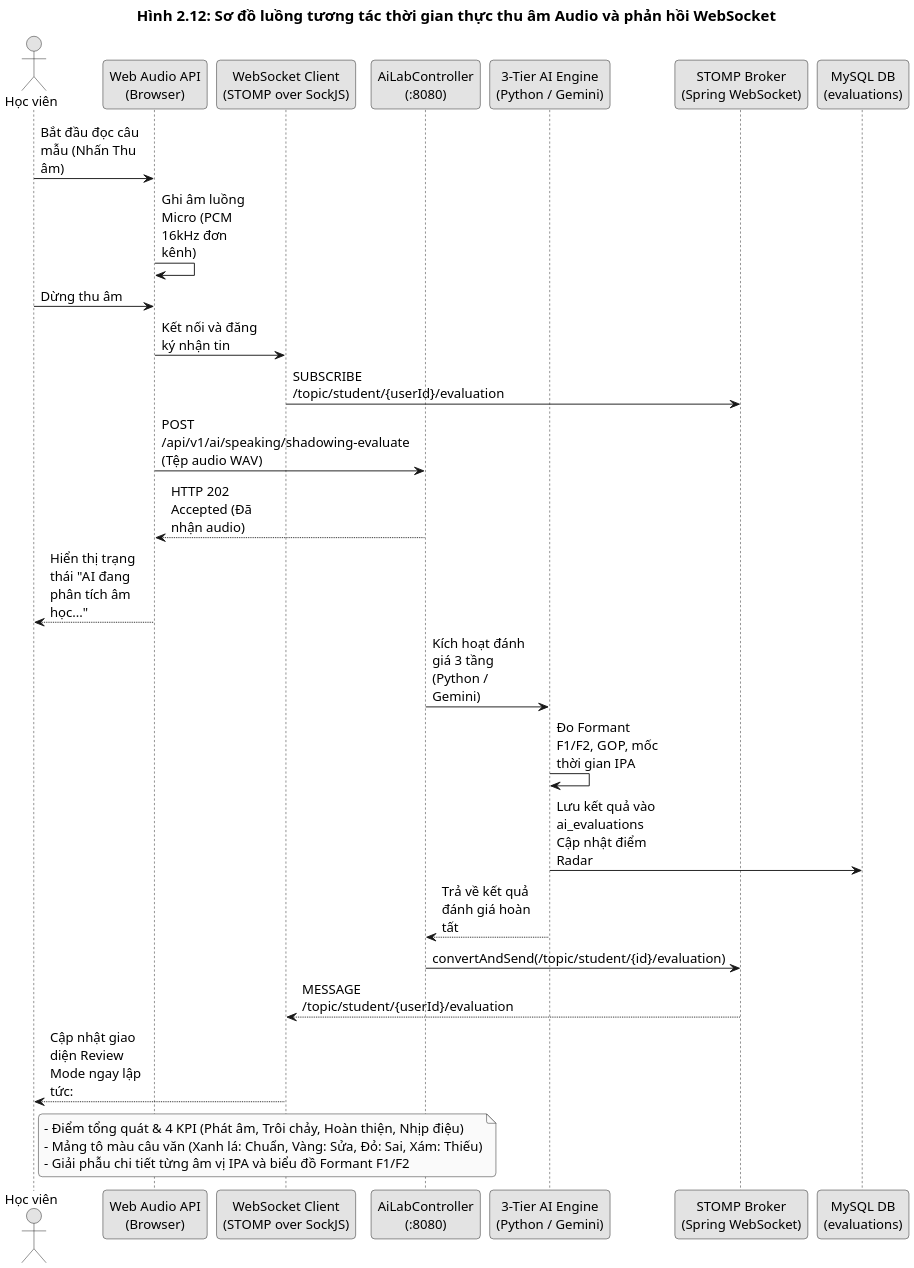
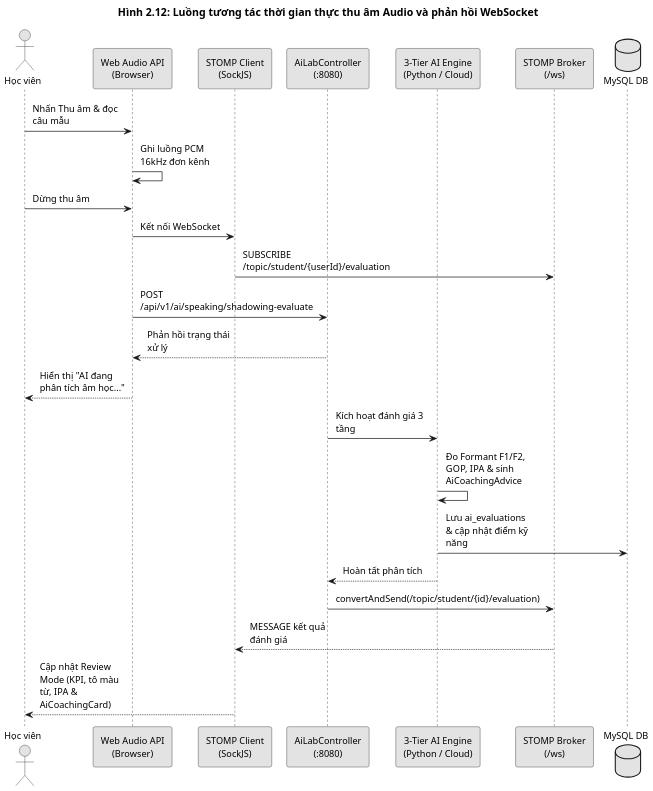
One commit to TrungPham1126/englishlearning changed the diagram in plantuml_diagrams/Hinh_2_12_Luong_tuong_tac_thoi_gian_thuc_Audio_WebSocket.puml. Above: the diagram before and after it, drawn with PlantUML. The commit also changed 126 other files, not shown here.

First line of the commit message:
feat: cải thiện luyện nói, chấm điểm Speaking và trải nghiệm làm bài

```diff
--- a/plantuml_diagrams/Hinh_2_12_Luong_tuong_tac_thoi_gian_thuc_Audio_WebSocket.puml
+++ b/plantuml_diagrams/Hinh_2_12_Luong_tuong_tac_thoi_gian_thuc_Audio_WebSocket.puml
@@ -1,43 +1,42 @@
 @startuml Hinh_2_12_Luong_tuong_tac_thoi_gian_thuc_Audio_WebSocket
-title Hình 2.12: Sơ đồ luồng tương tác thời gian thực thu âm Audio và phản hồi WebSocket
-skinparam dpi 200
+title Hình 2.12: Luồng tương tác thời gian thực thu âm Audio và phản hồi WebSocket
+skinparam dpi 150
 skinparam monochrome true
 skinparam shadowing false
+skinparam backgroundColor #FFFFFF
 skinparam defaultFontName Arial
-skinparam defaultFontSize 14
-skinparam titleFontSize 16
-skinparam roundcorner 8
-skinparam maxMessageSize 110
+skinparam defaultFontSize 13
+skinparam titleFontSize 15
+skinparam titleFontStyle bold
+skinparam roundcorner 6
+skinparam padding 4
+skinparam maxMessageSize 125
 
 actor "Học viên" as Student
 participant "Web Audio API\n(Browser)" as WebAudio
-participant "WebSocket Client\n(STOMP over SockJS)" as StompClient
+participant "STOMP Client\n(SockJS)" as StompClient
 participant "AiLabController\n(:8080)" as BackendAPI
-participant "3-Tier AI Engine\n(Python / Gemini)" as AiEngine
-participant "STOMP Broker\n(Spring WebSocket)" as Broker
-participant "MySQL DB\n(evaluations)" as DB
+participant "3-Tier AI Engine\n(Python / Cloud)" as AiEngine
+participant "STOMP Broker\n(/ws)" as Broker
+database "MySQL DB" as DB
 
-Student -> WebAudio: Bắt đầu đọc câu mẫu (Nhấn Thu âm)
-WebAudio -> WebAudio: Ghi âm luồng Micro (PCM 16kHz đơn kênh)
+Student -> WebAudio: Nhấn Thu âm & đọc câu mẫu
+WebAudio -> WebAudio: Ghi luồng PCM 16kHz đơn kênh
 Student -> WebAudio: Dừng thu âm
-WebAudio -> StompClient: Kết nối và đăng ký nhận tin
+
+WebAudio -> StompClient: Kết nối WebSocket
 StompClient -> Broker: SUBSCRIBE /topic/student/{userId}/evaluation
 
-WebAudio -> BackendAPI: POST /api/v1/ai/speaking/shadowing-evaluate\n(Tệp audio WAV)
-BackendAPI --> WebAudio: HTTP 202 Accepted (Đã nhận audio)
-WebAudio --> Student: Hiển thị trạng thái "AI đang phân tích âm học..."
+WebAudio -> BackendAPI: POST /api/v1/ai/speaking/shadowing-evaluate
+BackendAPI --> WebAudio: Phản hồi trạng thái xử lý
+WebAudio --> Student: Hiển thị "AI đang phân tích âm học..."
 
-BackendAPI -> AiEngine: Kích hoạt đánh giá 3 tầng (Python / Gemini)
-AiEngine -> AiEngine: Đo Formant F1/F2, GOP, mốc thời gian IPA
-AiEngine -> DB: Lưu kết quả vào ai_evaluations\nCập nhật điểm Radar
-AiEngine --> BackendAPI: Trả về kết quả đánh giá hoàn tất
+BackendAPI -> AiEngine: Kích hoạt đánh giá 3 tầng
+AiEngine -> AiEngine: Đo Formant F1/F2, GOP, IPA & sinh AiCoachingAdvice
+AiEngine -> DB: Lưu ai_evaluations & cập nhật điểm kỹ năng
+AiEngine --> BackendAPI: Hoàn tất phân tích
 
 BackendAPI -> Broker: convertAndSend(/topic/student/{id}/evaluation)
-Broker --> StompClient: MESSAGE /topic/student/{userId}/evaluation
-StompClient --> Student: Cập nhật giao diện Review Mode ngay lập tức:
-note right of Student
-- Điểm tổng quát & 4 KPI (Phát âm, Trôi chảy, Hoàn thiện, Nhịp điệu)
-- Mảng tô màu câu văn (Xanh lá: Chuẩn, Vàng: Sửa, Đỏ: Sai, Xám: Thiếu)
-- Giải phẫu chi tiết từng âm vị IPA và biểu đồ Formant F1/F2
-end note
+Broker --> StompClient: MESSAGE kết quả đánh giá
+StompClient --> Student: Cập nhật Review Mode (KPI, tô màu từ, IPA & AiCoachingCard)
 @enduml
```
